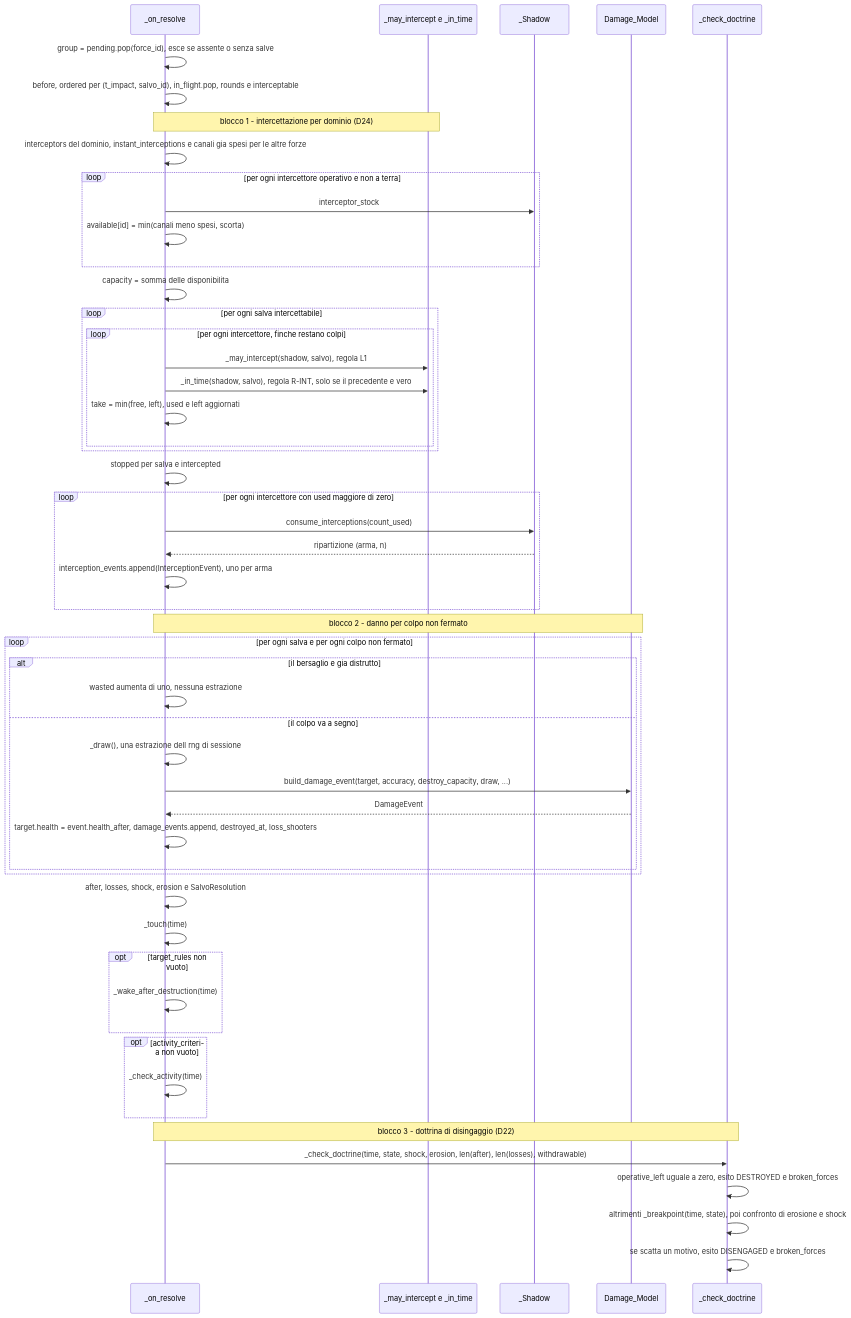
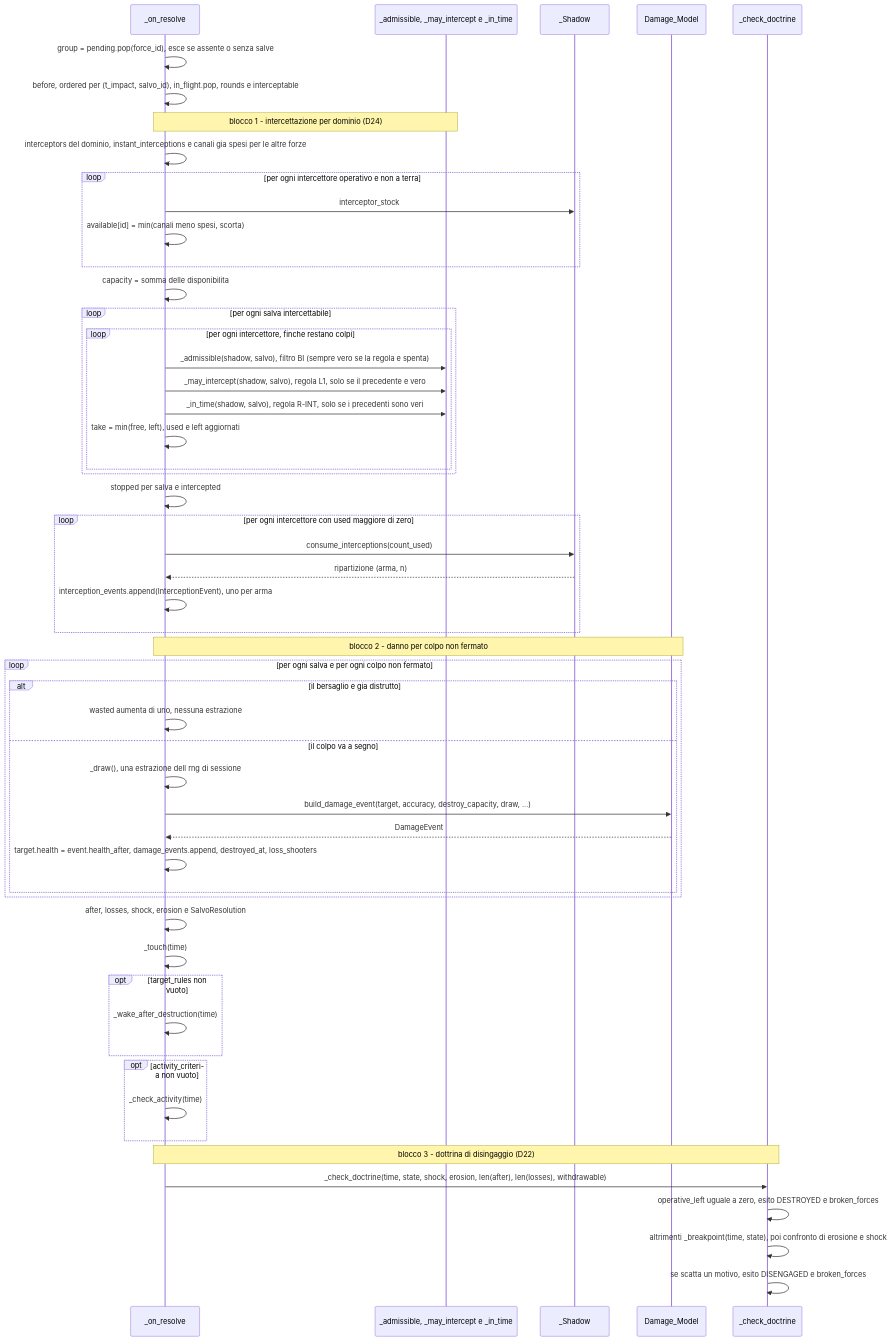
One commit to MakusIV/Warfare-Model changed diagram 19 of 21 in Analysis/Document/Manuale_Motore_DES/11a_Atlante_Risolutore.md. Above: the diagram before and after it, drawn with Mermaid. The commit also changed other lines of this file and 6 other files, not shown here.

````diff
--- a/Analysis/Document/Manuale_Motore_DES/11a_Atlante_Risolutore.md
+++ b/Analysis/Document/Manuale_Motore_DES/11a_Atlante_Risolutore.md
@@ -1153,54 +1157,55 @@
 ```mermaid
 sequenceDiagram
     participant RUN as _on_resolve
-    participant IC as _may_intercept e _in_time
+    participant IC as _admissible, _may_intercept e _in_time
     participant SH as _Shadow
     participant DM as Damage_Model
     participant DOC as _check_doctrine
     RUN->>RUN: group = pending.pop(force_id), esce se assente o senza salve
     RUN->>RUN: before, ordered per (t_impact, salvo_id), in_flight.pop, rounds e interceptable
     Note over RUN,IC: blocco 1 - intercettazione per dominio (D24)
     RUN->>RUN: interceptors del dominio, instant_interceptions e canali gia spesi per le altre forze
     loop per ogni intercettore operativo e non a terra
         RUN->>SH: interceptor_stock
         RUN->>RUN: available[id] = min(canali meno spesi, scorta)
     end
     RUN->>RUN: capacity = somma delle disponibilita
     loop per ogni salva intercettabile
         loop per ogni intercettore, finche restano colpi
-            RUN->>IC: _may_intercept(shadow, salvo), regola L1
-            RUN->>IC: _in_time(shadow, salvo), regola R-INT, solo se il precedente e vero
+            RUN->>IC: _admissible(shadow, salvo), filtro BI (sempre vero se la regola e spenta)
+            RUN->>IC: _may_intercept(shadow, salvo), regola L1, solo se il precedente e vero
+            RUN->>IC: _in_time(shadow, salvo), regola R-INT, solo se i precedenti sono veri
             RUN->>RUN: take = min(free, left), used e left aggiornati
         end
     end
     RUN->>RUN: stopped per salva e intercepted
     loop per ogni intercettore con used maggiore di zero
         RUN->>SH: consume_interceptions(count_used)
         SH-->>RUN: ripartizione (arma, n)
         RUN->>RUN: interception_events.append(InterceptionEvent), uno per arma
     end
     Note over RUN,DM: blocco 2 - danno per colpo non fermato
     loop per ogni salva e per ogni colpo non fermato
         alt il bersaglio e gia distrutto
             RUN->>RUN: wasted aumenta di uno, nessuna estrazione
         else il colpo va a segno
             RUN->>RUN: _draw(), una estrazione dell rng di sessione
             RUN->>DM: build_damage_event(target, accuracy, destroy_capacity, draw, ...)
             DM-->>RUN: DamageEvent
             RUN->>RUN: target.health = event.health_after, damage_events.append, destroyed_at, loss_shooters
         end
     end
     RUN->>RUN: after, losses, shock, erosion e SalvoResolution
     RUN->>RUN: _touch(time)
     opt target_rules non vuoto
         RUN->>RUN: _wake_after_destruction(time)
     end
     opt activity_criteria non vuoto
         RUN->>RUN: _check_activity(time)
     end
     Note over RUN,DOC: blocco 3 - dottrina di disingaggio (D22)
     RUN->>DOC: _check_doctrine(time, state, shock, erosion, len(after), len(losses), withdrawable)
     DOC->>DOC: operative_left uguale a zero, esito DESTROYED e broken_forces
     DOC->>DOC: altrimenti _breakpoint(time, state), poi confronto di erosione e shock
     DOC->>DOC: se scatta un motivo, esito DISENGAGED e broken_forces
 ```
````
